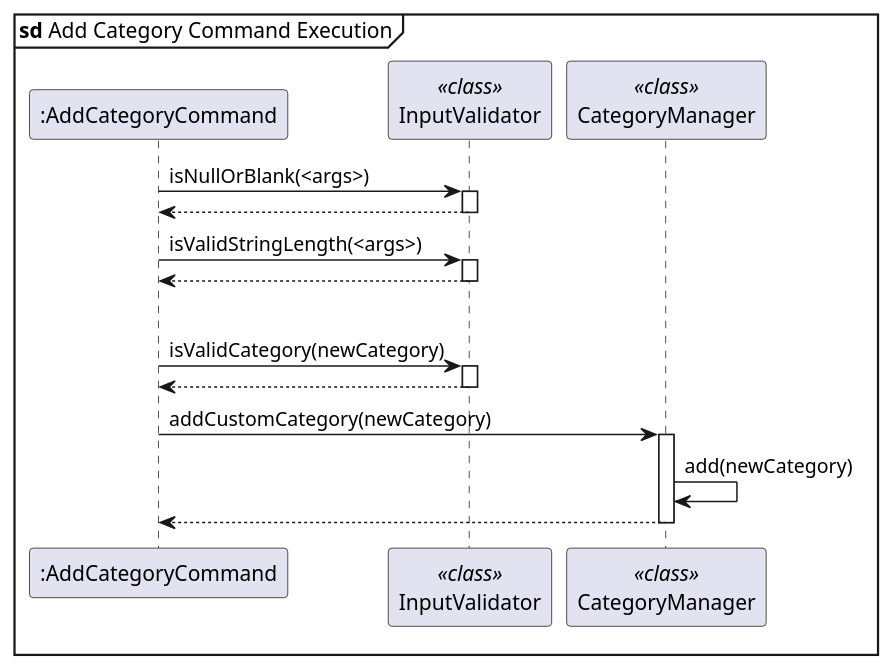
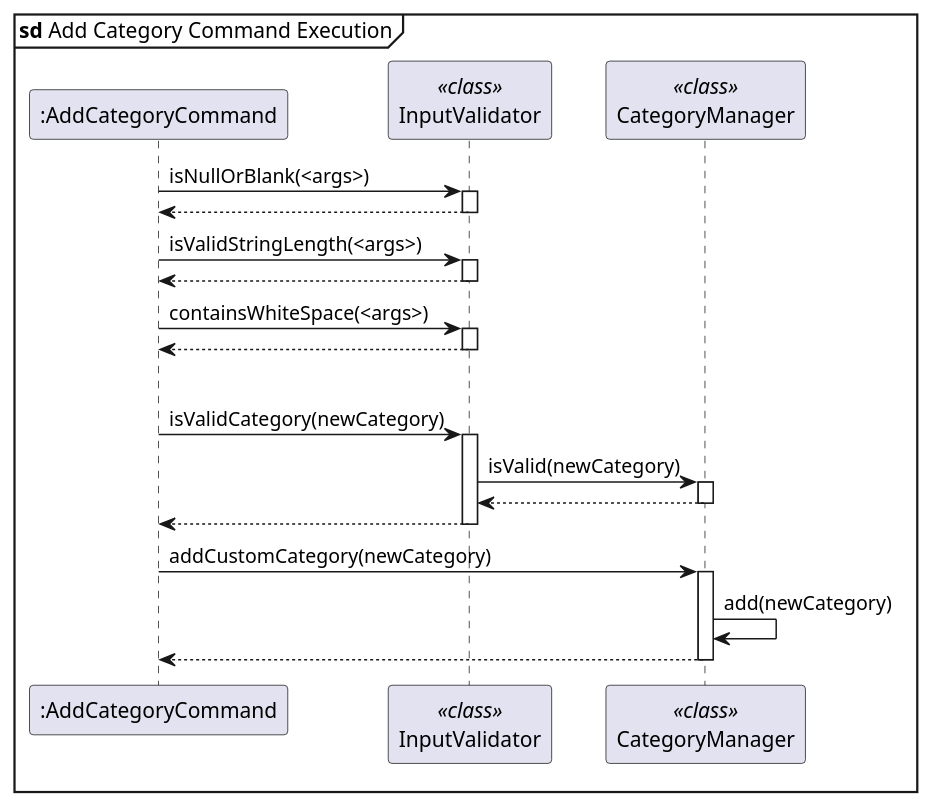
Before and after one commit to randust/tp: the diagram in docs/diagrams/sequence/add_category.puml, drawn with PlantUML. The commit also changed 4 other files, not shown here.

```diff
--- a/docs/diagrams/sequence/add_category.puml
+++ b/docs/diagrams/sequence/add_category.puml
@@ -1,38 +1,51 @@
 @startuml add_category
 
 mainframe **sd** Add Category Command Execution
 
 participant ":AddCategoryCommand" as command
 participant "InputValidator" as Validator <<class>>
 participant "CategoryManager" as manager <<class>>
 
 command -> Validator : isNullOrBlank(<args>)
 activate Validator
 
 Validator --> command :
 deactivate Validator
 
 command -> Validator : isValidStringLength(<args>)
 activate Validator
 
 Validator --> command :
 deactivate Validator
+
+command -> Validator : containsWhiteSpace(<args>)
+activate Validator
+
+Validator --> command :
+deactivate Validator
 |||
 command -> Validator : isValidCategory(newCategory)
 activate Validator
+
+Validator -> manager: isValid(newCategory)
+activate manager
+
+manager --> Validator :
+deactivate manager
+
 
 Validator --> command :
 deactivate Validator
 
 command -> manager : addCustomCategory(newCategory)
 activate manager
 manager -> manager : add(newCategory)
 
 manager --> command:
 deactivate manager
 
 
 
 
 
 @enduml
```
